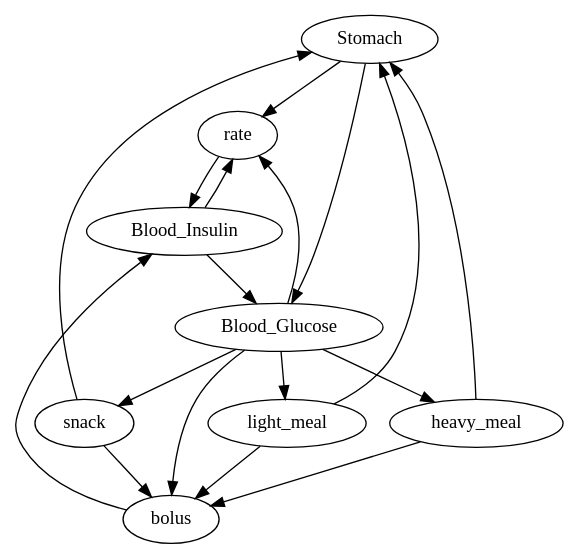
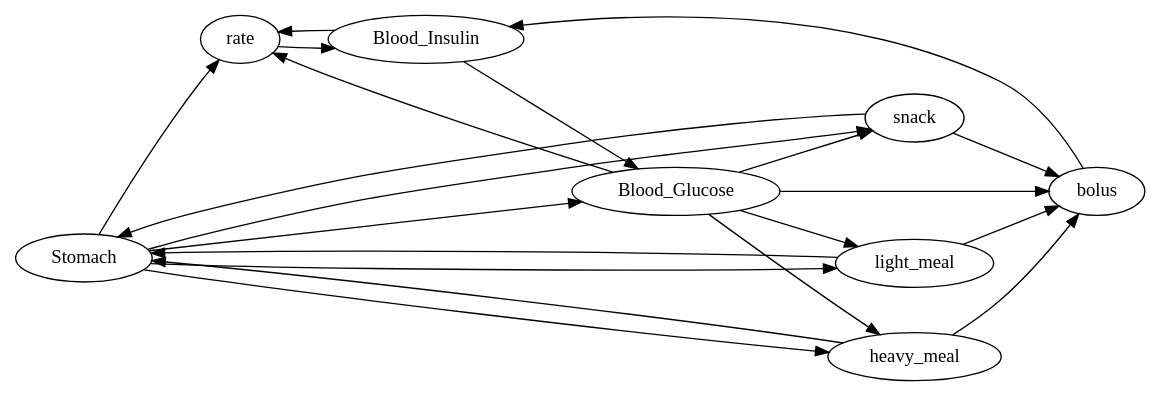
The diagram in case-2-oref0/oref0.dot (CITCOM-project/causal-cut-replication), drawn with Graphviz before and after one commit.

Commit message:
modified aps dag

```diff
--- a/case-2-oref0/oref0.dot
+++ b/case-2-oref0/oref0.dot
@@ -1,22 +1,26 @@
 digraph oref0 {
+  rankdir="LR";
   Stomach -> rate;
   Blood_Insulin -> rate;
   Blood_Glucose -> rate;
 
   snack -> Stomach;
   light_meal -> Stomach;
   heavy_meal -> Stomach;
   bolus -> Blood_Insulin;
 
   Blood_Glucose -> snack;
   Blood_Glucose -> light_meal;
   Blood_Glucose -> heavy_meal;
+  Stomach -> snack;
+  Stomach -> light_meal;
+  Stomach -> heavy_meal;
   Blood_Glucose -> bolus;
   snack -> bolus;
   light_meal -> bolus;
   heavy_meal -> bolus;
 
   Stomach -> Blood_Glucose;
   rate -> Blood_Insulin;
   Blood_Insulin -> Blood_Glucose;
 }
```
